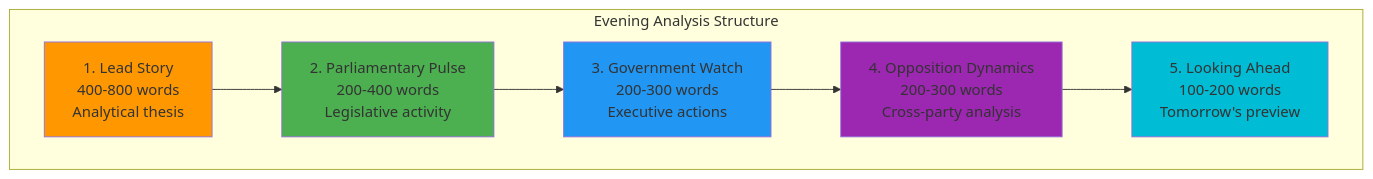
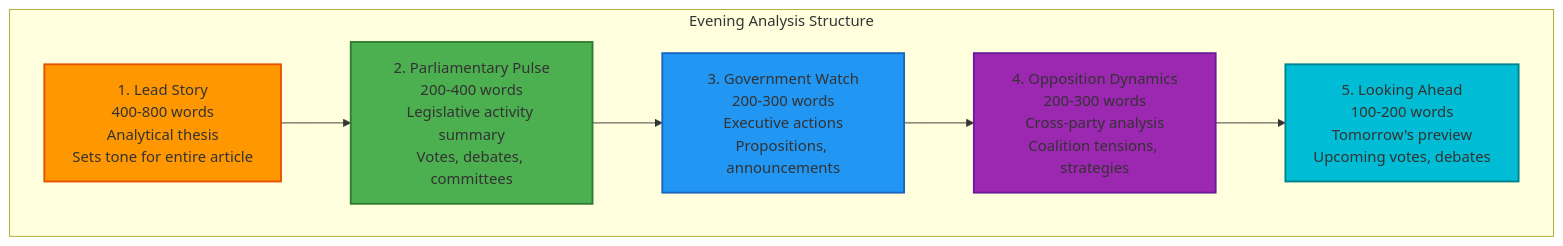
One commit to Hack23/riksdagsmonitor changed the eighth of 15 diagrams in ARCHITECTURE.md. Above: the diagram before and after it, drawn with Mermaid. The commit also changed other lines of this file, not shown here.

Commit message:
docs: restructure ARCHITECTURE.md to C4 standard with header, doc map, C4 views, layers, patterns, and footer

````diff
--- a/ARCHITECTURE.md
+++ b/ARCHITECTURE.md
@@ -468,21 +767,21 @@
 ```mermaid
 graph TD
     subgraph "Evening Analysis Structure"
-        Lead[1. Lead Story<br/>400-800 words<br/>Analytical thesis]
-        Pulse[2. Parliamentary Pulse<br/>200-400 words<br/>Legislative activity]
-        Watch[3. Government Watch<br/>200-300 words<br/>Executive actions]
-        Opposition[4. Opposition Dynamics<br/>200-300 words<br/>Cross-party analysis]
-        Ahead[5. Looking Ahead<br/>100-200 words<br/>Tomorrow's preview]
+        Lead[1. Lead Story<br/>400-800 words<br/>Analytical thesis<br/>Sets tone for entire article]
+        Pulse[2. Parliamentary Pulse<br/>200-400 words<br/>Legislative activity summary<br/>Votes, debates, committees]
+        Watch[3. Government Watch<br/>200-300 words<br/>Executive actions<br/>Propositions, announcements]
+        Opposition[4. Opposition Dynamics<br/>200-300 words<br/>Cross-party analysis<br/>Coalition tensions, strategies]
+        Ahead[5. Looking Ahead<br/>100-200 words<br/>Tomorrow's preview<br/>Upcoming votes, debates]
     end
     
     Lead --> Pulse
     Pulse --> Watch
     Watch --> Opposition
     Opposition --> Ahead
     
-    style Lead fill:#ff9800
-    style Pulse fill:#4caf50
-    style Watch fill:#2196f3
-    style Opposition fill:#9c27b0
-    style Ahead fill:#00bcd4
+    style Lead fill:#ff9800,stroke:#e65100,stroke-width:2px
+    style Pulse fill:#4caf50,stroke:#2e7d32,stroke-width:2px
+    style Watch fill:#2196f3,stroke:#1565c0,stroke-width:2px
+    style Opposition fill:#9c27b0,stroke:#6a1b9a,stroke-width:2px
+    style Ahead fill:#00bcd4,stroke:#00838f,stroke-width:2px
 ```
````
